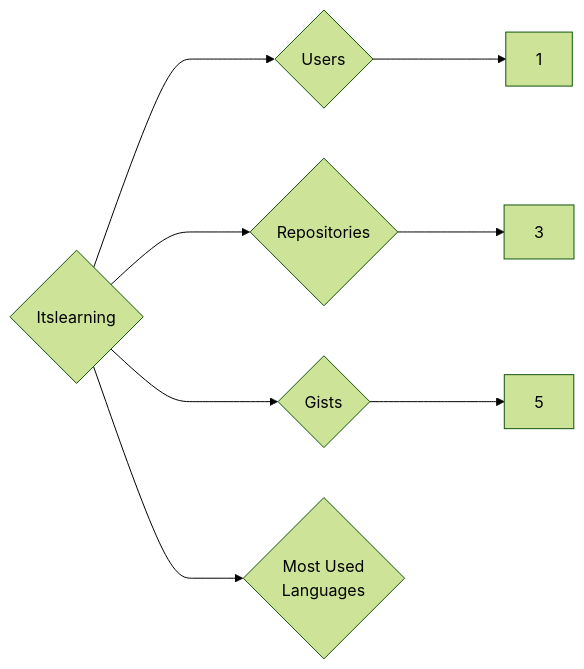
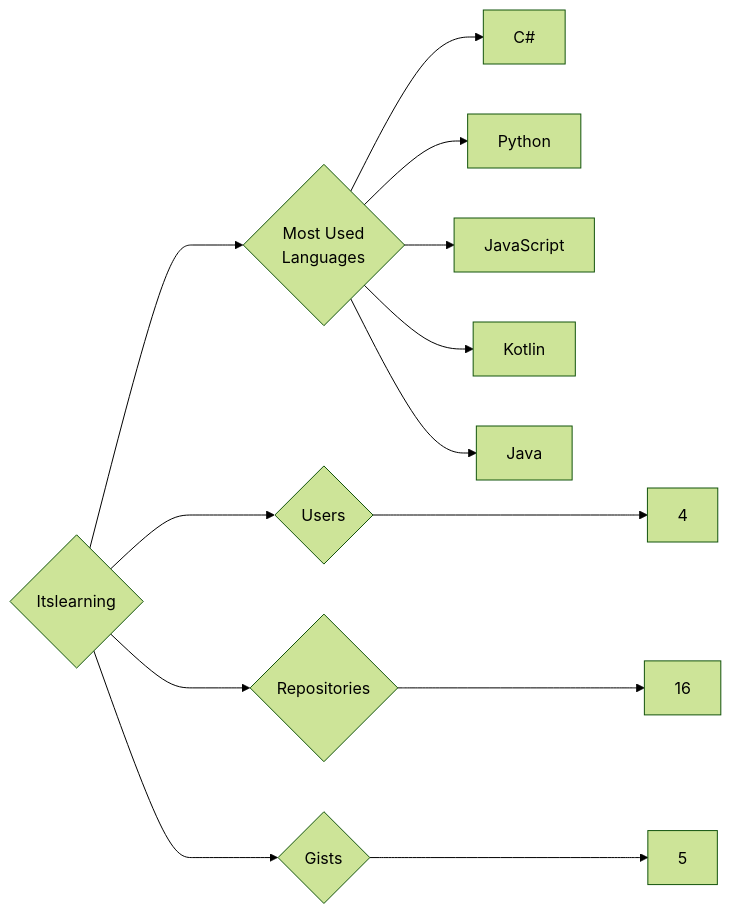
One commit to trickest/insiders changed the diagram in targets/Itslearning/README.md. Above: the diagram before and after it, drawn with Mermaid (forest theme). The commit also changed 1149 other files, not shown here.

````diff
--- a/targets/Itslearning/README.md
+++ b/targets/Itslearning/README.md
@@ -3,8 +3,13 @@
 ```mermaid
 graph LR
 COMPANY_NAME{Itslearning}
-COMPANY_NAME ---> U{Users} ---> UN[1]
-COMPANY_NAME ---> R{Repositories} ---> RN[3]
+COMPANY_NAME ---> U{Users} ---> UN[4]
+COMPANY_NAME ---> R{Repositories} ---> RN[16]
 COMPANY_NAME ---> G{Gists} ---> GN[5]
 COMPANY_NAME ---> ML{Most Used<br>Languages}
+ML --> C#[C#]
+ML --> Python[Python]
+ML --> JavaScript[JavaScript]
+ML --> Kotlin[Kotlin]
+ML --> Java[Java]
 ```
````
